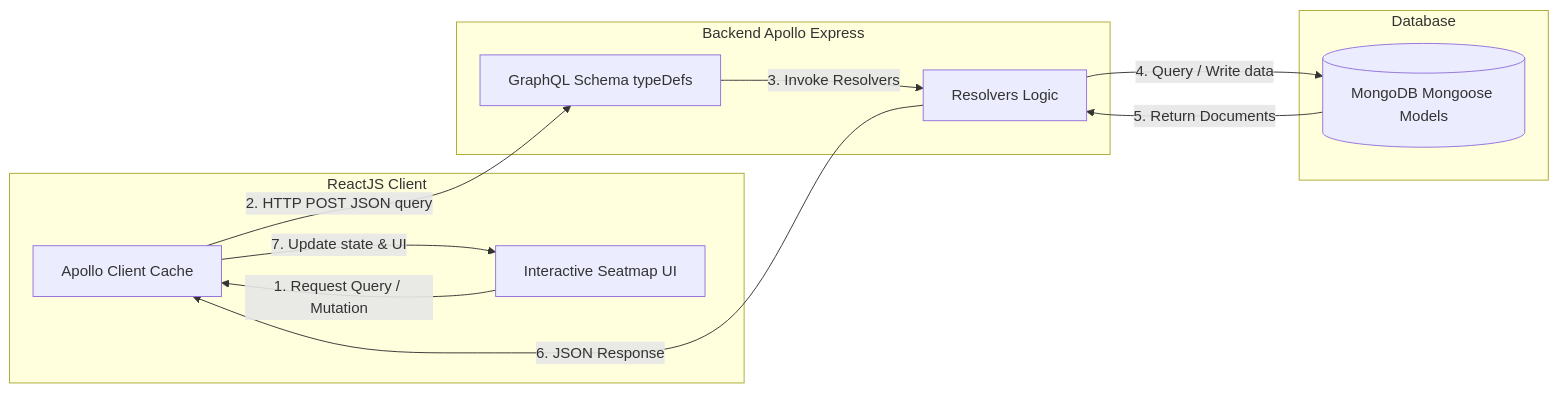
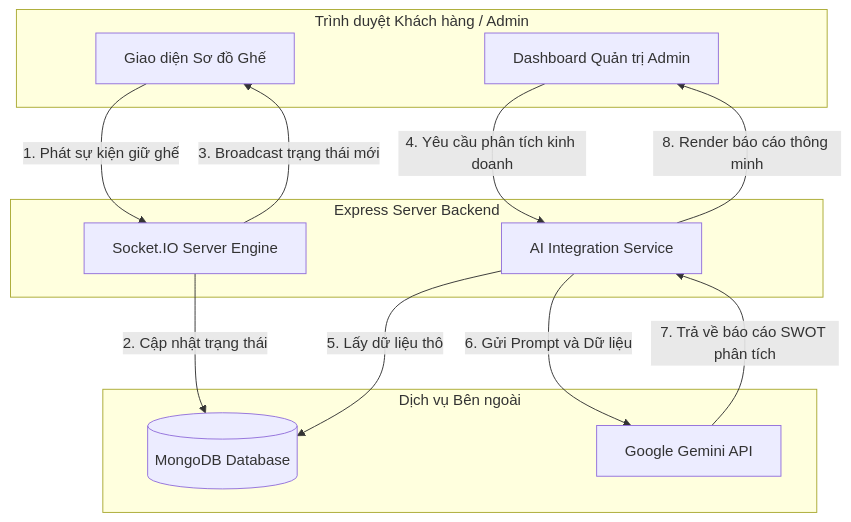
The eighth of 8 diagrams in README.md (HoNhutHao-1006/Baocaocuoiki-GVNguyenTanPhuoc), drawn with Mermaid before and after one commit. The commit also changed other lines of this file, not shown here.

Commit message:
docs: update Part II new technology manual to focus on Socket.IO and Gemini AI

````diff
--- a/README.md
+++ b/README.md
@@ -648,22 +625,24 @@
 ```mermaid
-graph LR
-    subgraph Frontend [ReactJS Client]
-        A[Apollo Client Cache]
-        B[Interactive Seatmap UI]
+graph TD
+    subgraph Client [Trình duyệt Khách hàng / Admin]
+        A[Giao diện Sơ đồ Ghế]
+        B[Dashboard Quản trị Admin]
     end
-    subgraph Server [Backend Apollo Express]
-        C[GraphQL Schema typeDefs]
-        D[Resolvers Logic]
+    subgraph Server [Express Server Backend]
+        C[Socket.IO Server Engine]
+        D[AI Integration Service]
     end
-    subgraph Storage [Database]
-        E[(MongoDB Mongoose Models)]
+    subgraph External [Dịch vụ Bên ngoài]
+        E[(MongoDB Database)]
+        F[Google Gemini API]
     end
 
-    B -->|1. Request Query / Mutation| A
-    A -->|2. HTTP POST JSON query| C
-    C -->|3. Invoke Resolvers| D
-    D -->|4. Query / Write data| E
-    E -->|5. Return Documents| D
-    D -->|6. JSON Response| A
-    A -->|7. Update state & UI| B
+    A -->|1. Phát sự kiện giữ ghế| C
+    C -->|2. Cập nhật trạng thái| E
+    C -->|3. Broadcast trạng thái mới| A
+    B -->|4. Yêu cầu phân tích kinh doanh| D
+    D -->|5. Lấy dữ liệu thô| E
+    D -->|6. Gửi Prompt và Dữ liệu| F
+    F -->|7. Trả về báo cáo SWOT phân tích| D
+    D -->|8. Render báo cáo thông minh| B
 ```
````
